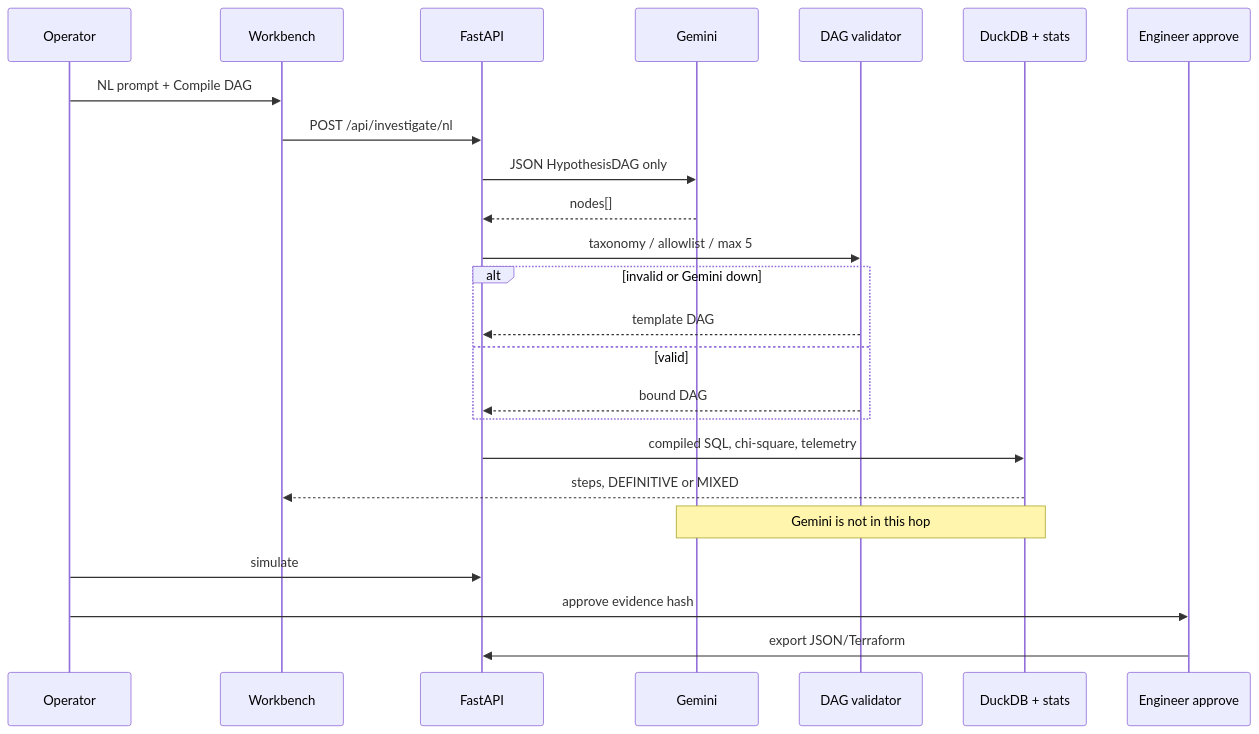
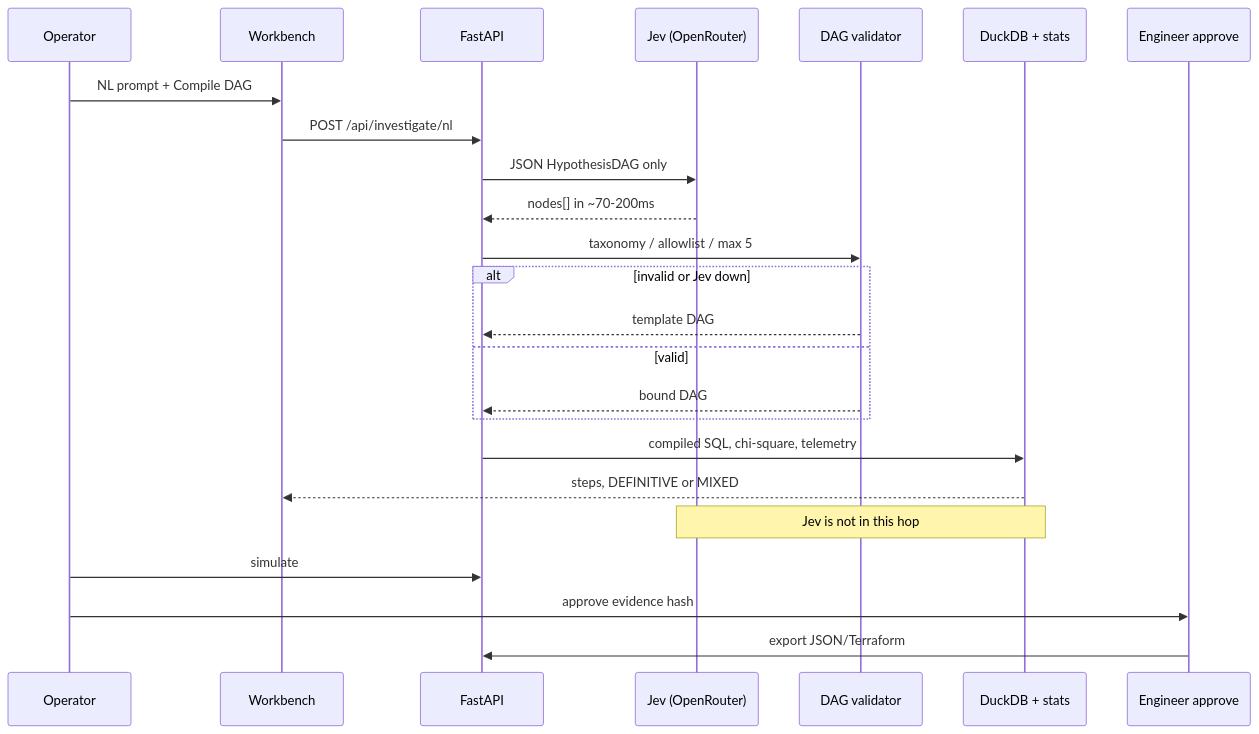
Before and after one commit to mayukhg/incident-insight: the third of 4 diagrams in docs/llm_usage.md, drawn with Mermaid. The commit also changed other lines of this file and 4 other files, not shown here.

First line of the commit message:
Replace Gemini with TypeSafe AI Jev model via OpenRouter

````diff
--- a/docs/llm_usage.md
+++ b/docs/llm_usage.md
@@ -83,26 +85,26 @@
 ```mermaid
 sequenceDiagram
   participant Op as Operator
   participant UI as Workbench
   participant API as FastAPI
-  participant G as Gemini
+  participant G as Jev (OpenRouter)
   participant V as DAG validator
   participant Q as DuckDB + stats
   participant H as Engineer approve
   Op->>UI: NL prompt + Compile DAG
   UI->>API: POST /api/investigate/nl
   API->>G: JSON HypothesisDAG only
-  G-->>API: nodes[]
+  G-->>API: nodes[] in ~70-200ms
   API->>V: taxonomy / allowlist / max 5
-  alt invalid or Gemini down
+  alt invalid or Jev down
     V-->>API: template DAG
   else valid
     V-->>API: bound DAG
   end
   API->>Q: compiled SQL, chi-square, telemetry
   Q-->>UI: steps, DEFINITIVE or MIXED
-  Note over G,Q: Gemini is not in this hop
+  Note over G,Q: Jev is not in this hop
   Op->>API: simulate
   Op->>H: approve evidence hash
   H->>API: export JSON/Terraform
 ```
````
